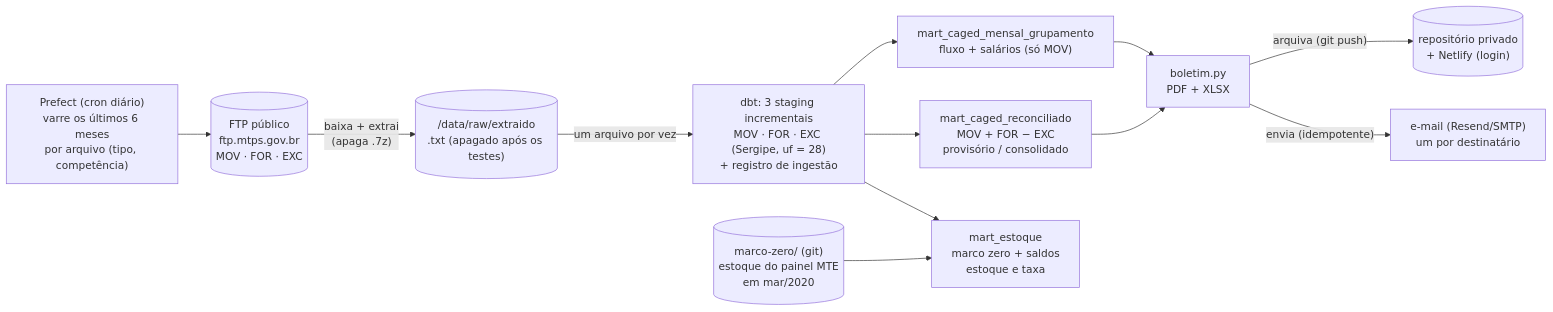
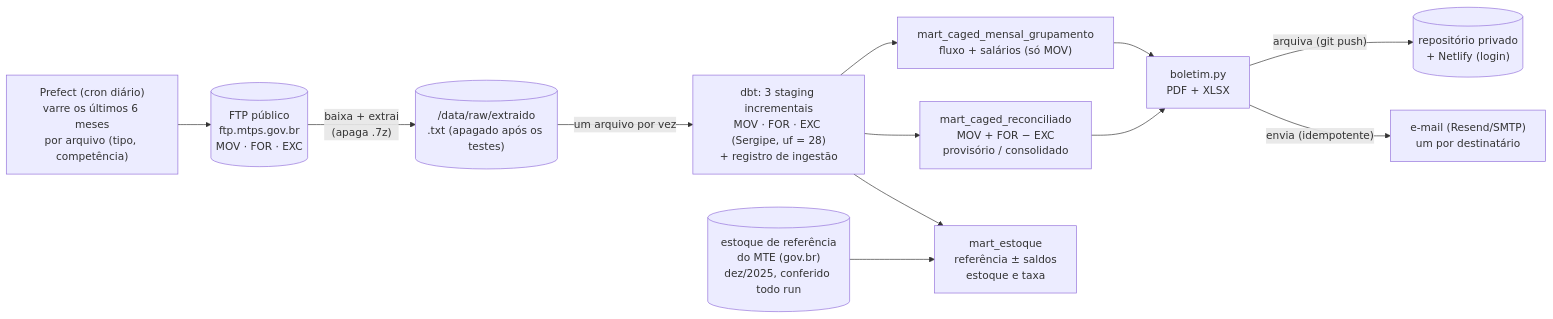
The first of 2 diagrams in README.md (raulleninis/heco-caged-datastack), drawn with Mermaid before and after one commit. The commit also changed other lines of this file and 34 other files, not shown here.

````diff
--- a/README.md
+++ b/README.md
@@ -16,26 +16,26 @@
 ```mermaid
 flowchart LR
     FTP[("FTP público<br/>ftp.mtps.gov.br<br/>MOV · FOR · EXC")]
     SCAN["Prefect (cron diário)<br/>varre os últimos 6 meses<br/>por arquivo (tipo, competência)"]
     RAW[("/data/raw/extraido<br/>.txt (apagado após os testes)")]
     STG["dbt: 3 staging incrementais<br/>MOV · FOR · EXC (Sergipe, uf = 28)<br/>+ registro de ingestão"]
     MART1["mart_caged_mensal_grupamento<br/>fluxo + salários (só MOV)"]
     MART2["mart_caged_reconciliado<br/>MOV + FOR − EXC<br/>provisório / consolidado"]
-    MZ[("marco-zero/ (git)<br/>estoque do painel MTE<br/>em mar/2020")]
-    MART3["mart_estoque<br/>marco zero + saldos<br/>estoque e taxa"]
+    MZ[("estoque de referência<br/>do MTE (gov.br)<br/>dez/2025, conferido todo run")]
+    MART3["mart_estoque<br/>referência ± saldos<br/>estoque e taxa"]
     BOL["boletim.py<br/>PDF + XLSX"]
     ARQ[("repositório privado<br/>+ Netlify (login)")]
     MAIL["e-mail (Resend/SMTP)<br/>um por destinatário"]
 
     FTP -->|"baixa + extrai<br/>(apaga .7z)"| RAW
     SCAN --> FTP
     RAW -->|"um arquivo por vez"| STG
     STG --> MART1
     STG --> MART2
     STG --> MART3
     MZ --> MART3
     MART1 --> BOL
     MART2 --> BOL
     BOL -->|"arquiva (git push)"| ARQ
     BOL -->|"envia (idempotente)"| MAIL
 ```
````
